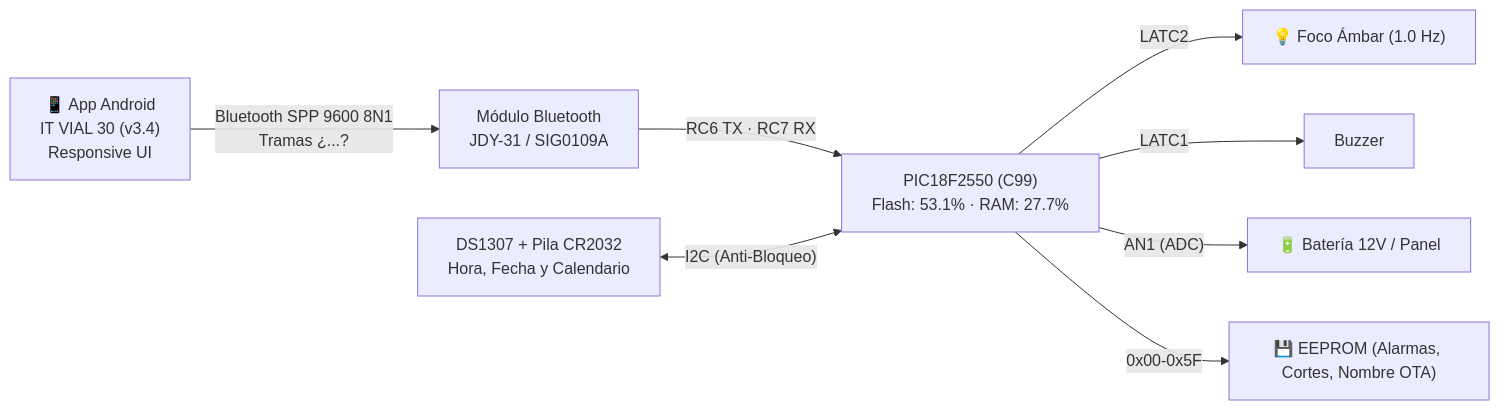
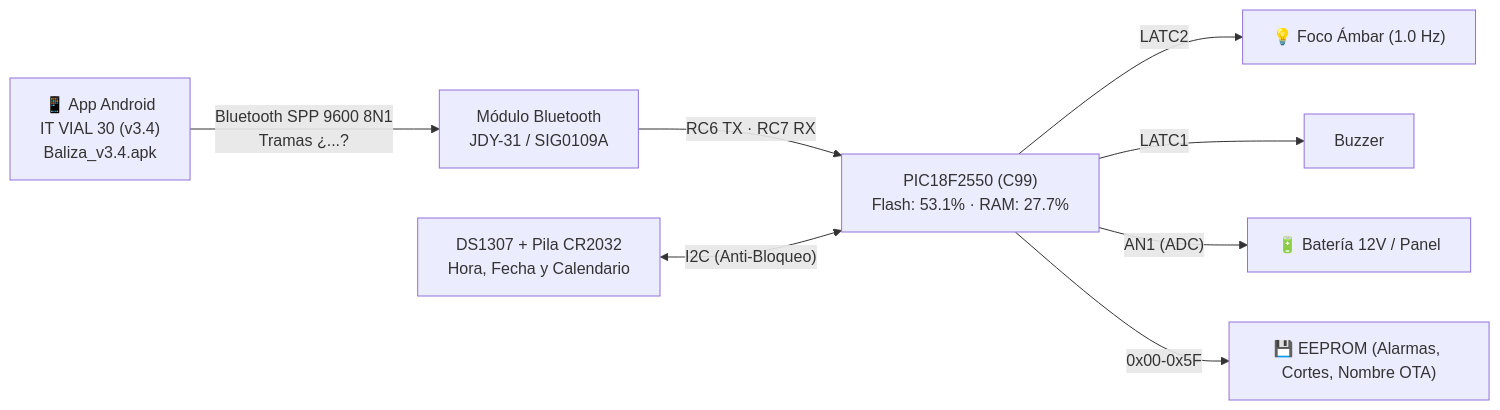
One commit to dieleoz/balizas changed the diagram in README.md. Above: the diagram before and after it, drawn with Mermaid. The commit also changed other lines of this file and 2 other files, not shown here.

Commit message:
feat(release): compilar e integrar binario instalador Baliza_IT_VIAL_30_v3.4.apk con soporte Bluetooth SPP, autodiagnostico, 1-Toque y exportacion WhatsApp; actualizar README y ROADMAP al 100%

````diff
--- a/README.md
+++ b/README.md
@@ -15,10 +15,10 @@
 ```mermaid
 flowchart LR
-    APP["📱 App Android<br/>IT VIAL 30 (v3.4)<br/>Responsive UI"] -->|"Bluetooth SPP 9600 8N1<br/>Tramas ¿...?"| BT["Módulo Bluetooth<br/>JDY-31 / SIG0109A"]
+    APP["📱 App Android<br/>IT VIAL 30 (v3.4)<br/>Baliza_v3.4.apk"] -->|"Bluetooth SPP 9600 8N1<br/>Tramas ¿...?"| BT["Módulo Bluetooth<br/>JDY-31 / SIG0109A"]
     BT -->|"RC6 TX · RC7 RX"| PIC["PIC18F2550 (C99)<br/>Flash: 53.1% · RAM: 27.7%"]
     RTC["DS1307 + Pila CR2032<br/>Hora, Fecha y Calendario"] <-->|"I2C (Anti-Bloqueo)"| PIC
     PIC -->|"LATC2"| LUZ["💡 Foco Ámbar (1.0 Hz)"]
     PIC -->|"LATC1"| BUZ["Buzzer"]
     PIC -->|"AN1 (ADC)"| BAT["🔋 Batería 12V / Panel"]
     PIC -->|"0x00-0x5F"| EE["💾 EEPROM (Alarmas, Cortes, Nombre OTA)"]
 ```
````
